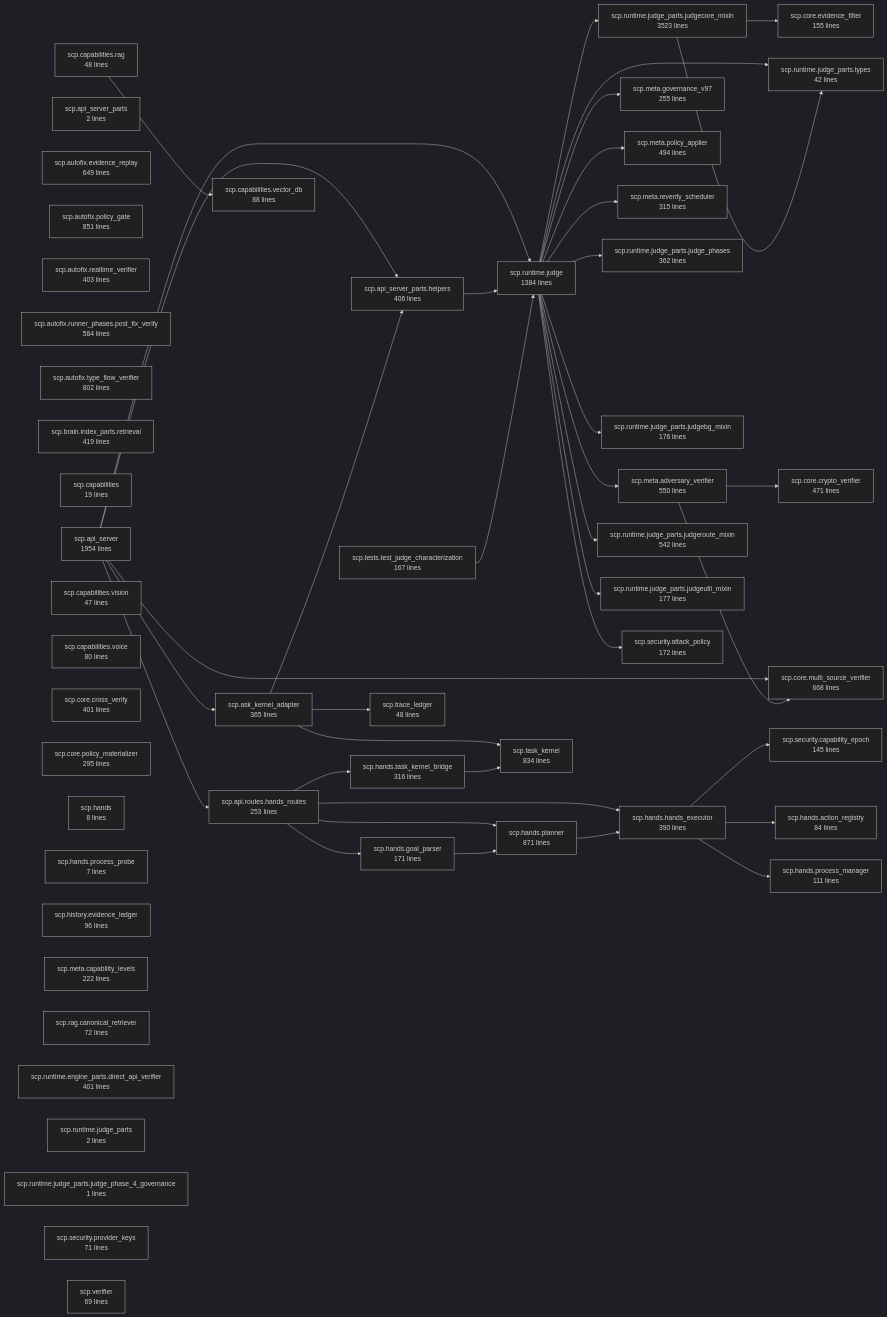
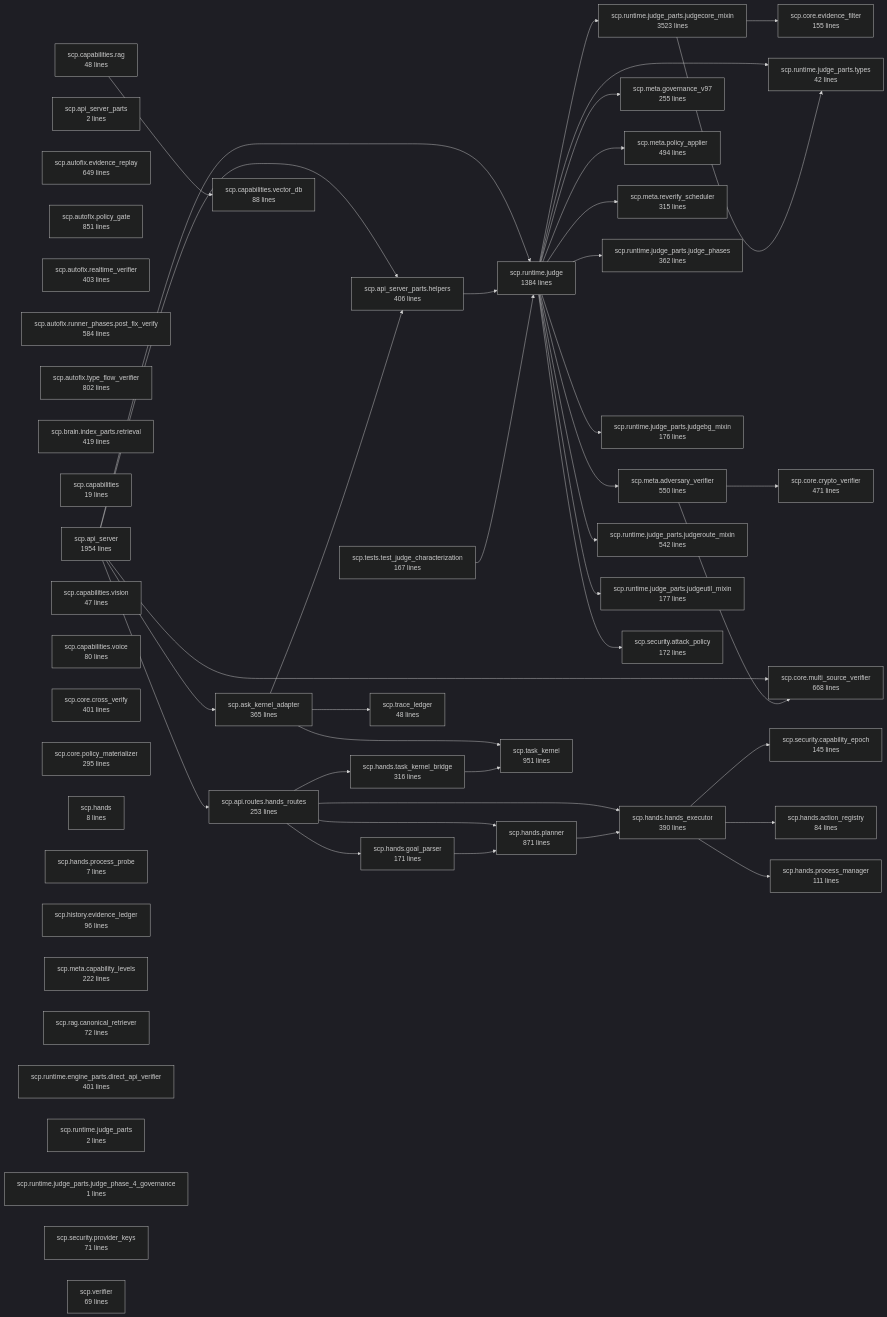
Before and after one commit to checken1994/GA-LAB: the diagram in reports/codegraph_20260826/codegraph_focused.mmd, drawn with Mermaid (dark theme). The commit also changed 10 other files, not shown here.

```diff
--- a/reports/codegraph_20260826/codegraph_focused.mmd
+++ b/reports/codegraph_20260826/codegraph_focused.mmd
@@ -1,90 +1,90 @@
 flowchart LR
     n0["scp.api.routes.hands_routes<br/>253 lines"]
     n1["scp.api_server<br/>1954 lines"]
     n2["scp.api_server_parts<br/>2 lines"]
     n3["scp.api_server_parts.helpers<br/>406 lines"]
     n4["scp.ask_kernel_adapter<br/>365 lines"]
     n5["scp.autofix.evidence_replay<br/>649 lines"]
     n6["scp.autofix.policy_gate<br/>851 lines"]
     n7["scp.autofix.realtime_verifier<br/>403 lines"]
     n8["scp.autofix.runner_phases.post_fix_verify<br/>584 lines"]
     n9["scp.autofix.type_flow_verifier<br/>802 lines"]
     n10["scp.brain.index_parts.retrieval<br/>419 lines"]
     n11["scp.capabilities<br/>19 lines"]
     n12["scp.capabilities.rag<br/>48 lines"]
     n13["scp.capabilities.vector_db<br/>88 lines"]
     n14["scp.capabilities.vision<br/>47 lines"]
     n15["scp.capabilities.voice<br/>80 lines"]
     n16["scp.core.cross_verify<br/>401 lines"]
     n17["scp.core.crypto_verifier<br/>471 lines"]
     n18["scp.core.evidence_filter<br/>155 lines"]
     n19["scp.core.multi_source_verifier<br/>668 lines"]
     n20["scp.core.policy_materializer<br/>295 lines"]
     n21["scp.hands<br/>8 lines"]
     n22["scp.hands.action_registry<br/>84 lines"]
     n23["scp.hands.goal_parser<br/>171 lines"]
     n24["scp.hands.hands_executor<br/>390 lines"]
     n25["scp.hands.planner<br/>871 lines"]
     n26["scp.hands.process_manager<br/>111 lines"]
     n27["scp.hands.process_probe<br/>7 lines"]
     n28["scp.hands.task_kernel_bridge<br/>316 lines"]
     n29["scp.history.evidence_ledger<br/>96 lines"]
     n30["scp.meta.adversary_verifier<br/>550 lines"]
     n31["scp.meta.capability_levels<br/>222 lines"]
     n32["scp.meta.governance_v97<br/>255 lines"]
     n33["scp.meta.policy_applier<br/>494 lines"]
     n34["scp.meta.reverify_scheduler<br/>315 lines"]
     n35["scp.rag.canonical_retriever<br/>72 lines"]
     n36["scp.runtime.engine_parts.direct_api_verifier<br/>401 lines"]
     n37["scp.runtime.judge<br/>1384 lines"]
     n38["scp.runtime.judge_parts<br/>2 lines"]
     n39["scp.runtime.judge_parts.judge_phase_4_governance<br/>1 lines"]
     n40["scp.runtime.judge_parts.judge_phases<br/>362 lines"]
     n41["scp.runtime.judge_parts.judgebg_mixin<br/>176 lines"]
     n42["scp.runtime.judge_parts.judgecore_mixin<br/>3523 lines"]
     n43["scp.runtime.judge_parts.judgeroute_mixin<br/>542 lines"]
     n44["scp.runtime.judge_parts.judgeutil_mixin<br/>177 lines"]
     n45["scp.runtime.judge_parts.types<br/>42 lines"]
     n46["scp.security.attack_policy<br/>172 lines"]
     n47["scp.security.capability_epoch<br/>145 lines"]
     n48["scp.security.provider_keys<br/>71 lines"]
-    n49["scp.task_kernel<br/>834 lines"]
+    n49["scp.task_kernel<br/>951 lines"]
     n50["scp.tests.test_judge_characterization<br/>167 lines"]
     n51["scp.trace_ledger<br/>48 lines"]
     n52["scp.verifier<br/>69 lines"]
     n0 --> n23
     n0 --> n24
     n0 --> n25
     n0 --> n28
     n1 --> n3
     n1 --> n37
     n1 --> n0
     n1 --> n4
     n1 --> n19
     n3 --> n37
     n4 --> n49
     n4 --> n51
     n4 --> n3
     n12 --> n13
     n23 --> n25
     n24 --> n47
     n24 --> n22
     n24 --> n26
     n25 --> n24
     n28 --> n49
     n30 --> n17
     n30 --> n19
     n37 --> n41
     n37 --> n42
     n37 --> n43
     n37 --> n44
     n37 --> n45
     n37 --> n33
     n37 --> n30
     n37 --> n32
     n37 --> n46
     n37 --> n34
     n37 --> n40
     n42 --> n18
     n42 --> n45
     n50 --> n37
```
